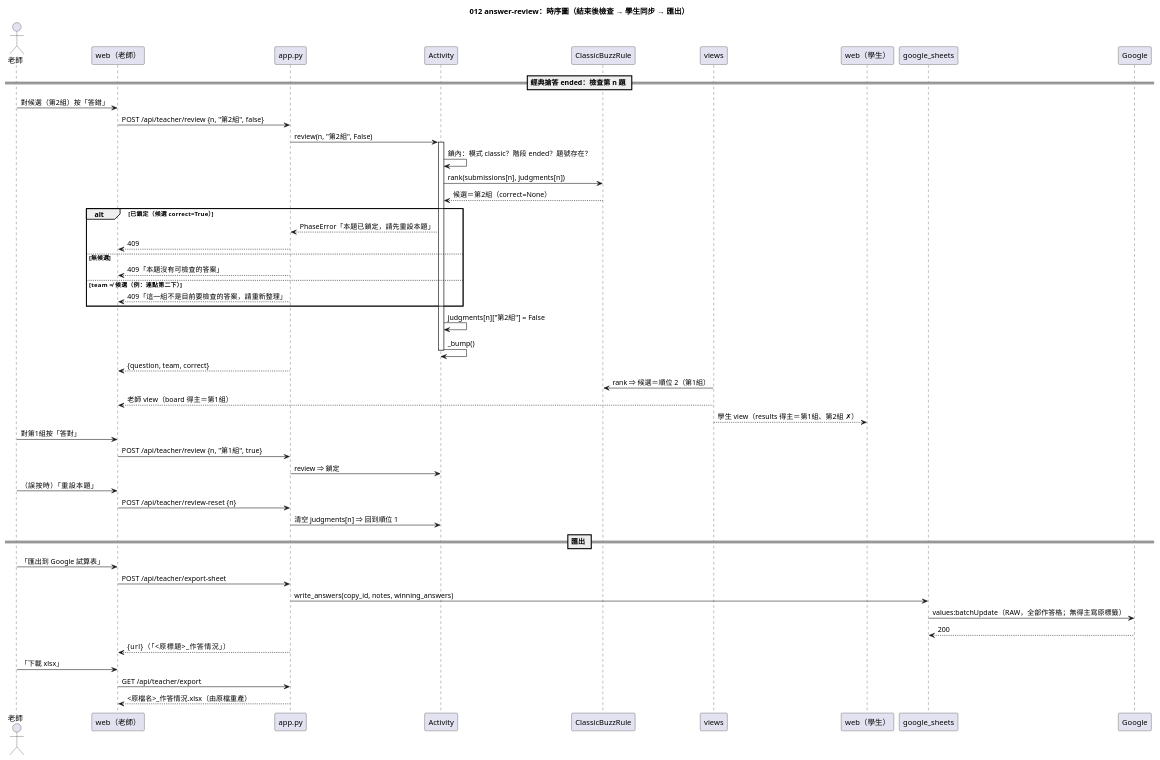
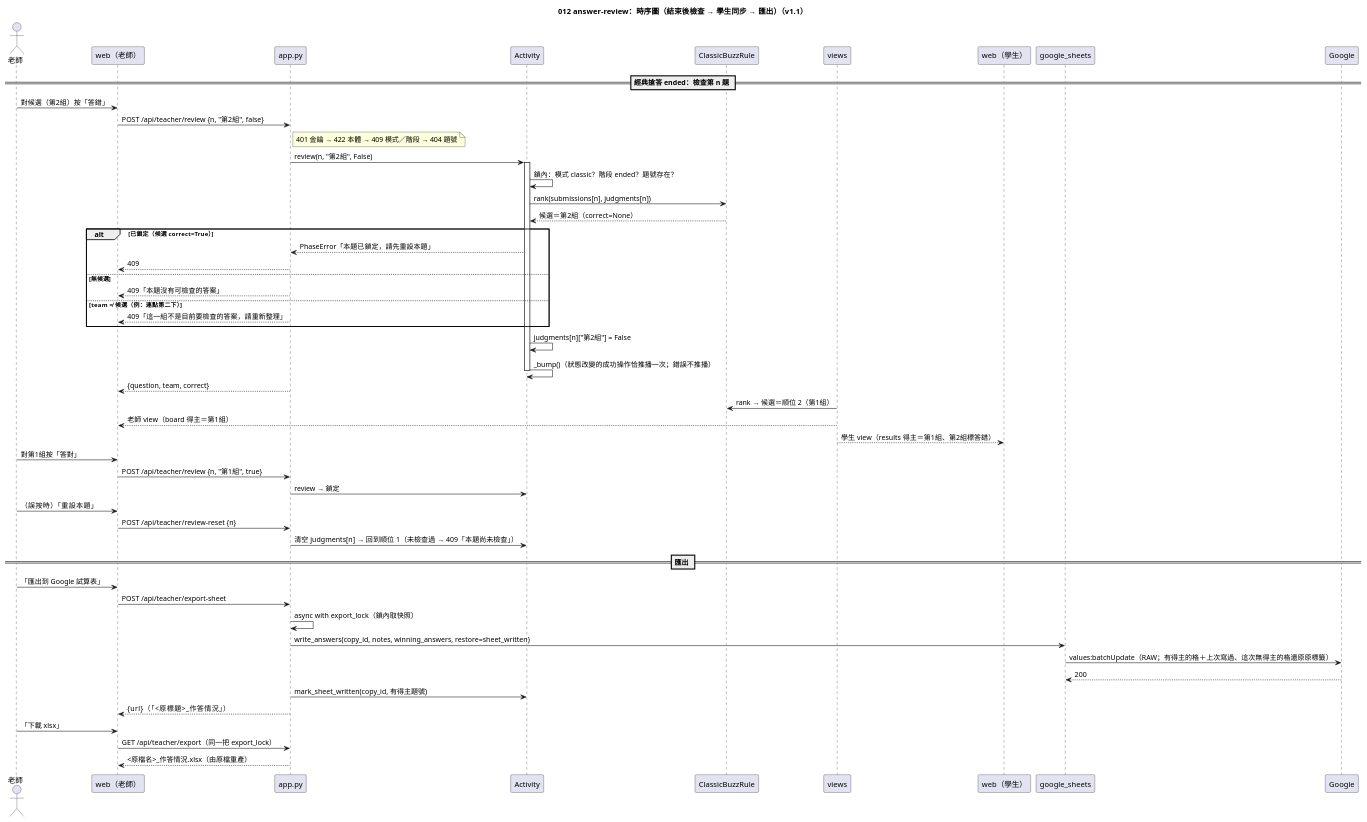
Before and after one commit to yue083139/software_fin-speckit: the diagram in diagrams/012-answer-review-sequence.puml, drawn with PlantUML. The commit also changed 28 other files, not shown here.

First line of the commit message:
feat(server,contracts): [CORE] 012-answer-review v1.1——經典搶答結束後依順位答對／答錯檢查，匯出寫選定答案，副本改名「_作答情況」

```diff
--- a/diagrams/012-answer-review-sequence.puml
+++ b/diagrams/012-answer-review-sequence.puml
@@ -1,54 +1,57 @@
 @startuml 012-answer-review-sequence
-title 012 answer-review：時序圖（結束後檢查 → 學生同步 → 匯出）
+title 012 answer-review：時序圖（結束後檢查 → 學生同步 → 匯出）（v1.1）
 
 actor "老師" as T
 participant "web（老師）" as W
 participant "app.py" as App
 participant "Activity" as Act
 participant "ClassicBuzzRule" as Rule
 participant "views" as V
 participant "web（學生）" as S
 participant "google_sheets" as GS
 participant "Google" as G
 
 == 經典搶答 ended：檢查第 n 題 ==
 T -> W : 對候選（第2組）按「答錯」
 W -> App : POST /api/teacher/review {n, "第2組", false}
+note right of App : 401 金鑰 → 422 本體 → 409 模式／階段 → 404 題號
 App -> Act : review(n, "第2組", False)
 activate Act
 Act -> Act : 鎖內：模式 classic？階段 ended？題號存在？
 Act -> Rule : rank(submissions[n], judgments[n])
 Rule --> Act : 候選＝第2組（correct=None）
 alt 已鎖定（候選 correct=True）
   Act --> App : PhaseError「本題已鎖定，請先重設本題」
   App --> W : 409
 else 無候選
   App --> W : 409「本題沒有可檢查的答案」
 else team ≠ 候選（例：連點第二下）
   App --> W : 409「這一組不是目前要檢查的答案，請重新整理」
 end
 Act -> Act : judgments[n]["第2組"] = False
-Act -> Act : _bump()
+Act -> Act : _bump()（狀態改變的成功操作恰推播一次；錯誤不推播）
 deactivate Act
 App --> W : {question, team, correct}
-V -> Rule : rank ⇒ 候選＝順位 2（第1組）
+V -> Rule : rank → 候選＝順位 2（第1組）
 V --> W : 老師 view（board 得主＝第1組）
-V --> S : 學生 view（results 得主＝第1組、第2組 ✗）
+V --> S : 學生 view（results 得主＝第1組、第2組標答錯）
 T -> W : 對第1組按「答對」
 W -> App : POST /api/teacher/review {n, "第1組", true}
-App -> Act : review ⇒ 鎖定
+App -> Act : review → 鎖定
 T -> W : （誤按時）「重設本題」
 W -> App : POST /api/teacher/review-reset {n}
-App -> Act : 清空 judgments[n] ⇒ 回到順位 1
+App -> Act : 清空 judgments[n] → 回到順位 1（未檢查過 → 409「本題尚未檢查」）
 
 == 匯出 ==
 T -> W : 「匯出到 Google 試算表」
 W -> App : POST /api/teacher/export-sheet
-App -> GS : write_answers(copy_id, notes, winning_answers)
-GS -> G : values:batchUpdate（RAW，全部作答格；無得主寫原標籤）
+App -> App : async with export_lock（鎖內取快照）
+App -> GS : write_answers(copy_id, notes, winning_answers, restore=sheet_written)
+GS -> G : values:batchUpdate（RAW；有得主的格＋上次寫過、這次無得主的格還原原標籤）
 G --> GS : 200
+App -> Act : mark_sheet_written(copy_id, 有得主題號)
 App --> W : {url}（「<原標題>_作答情況」）
 T -> W : 「下載 xlsx」
-W -> App : GET /api/teacher/export
+W -> App : GET /api/teacher/export（同一把 export_lock）
 App --> W : <原檔名>_作答情況.xlsx（由原檔重產）
 @enduml
```
